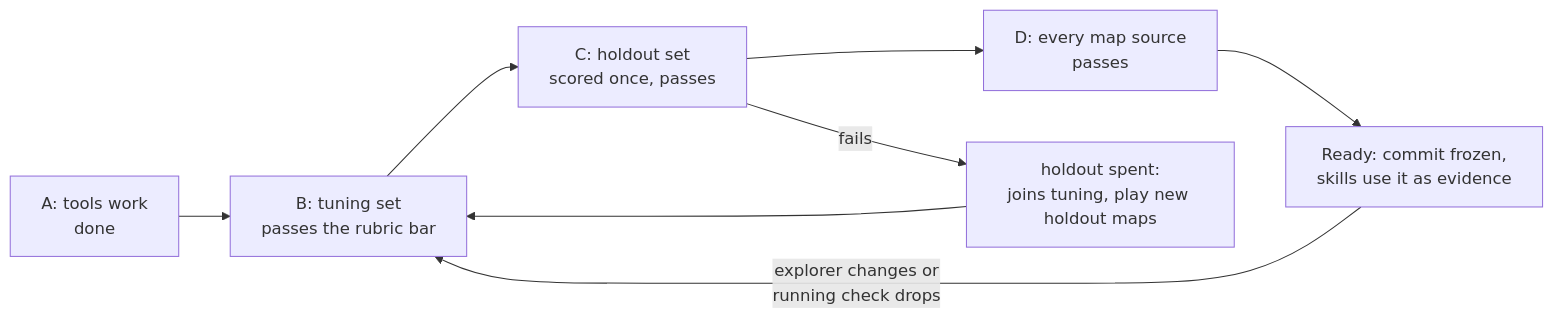
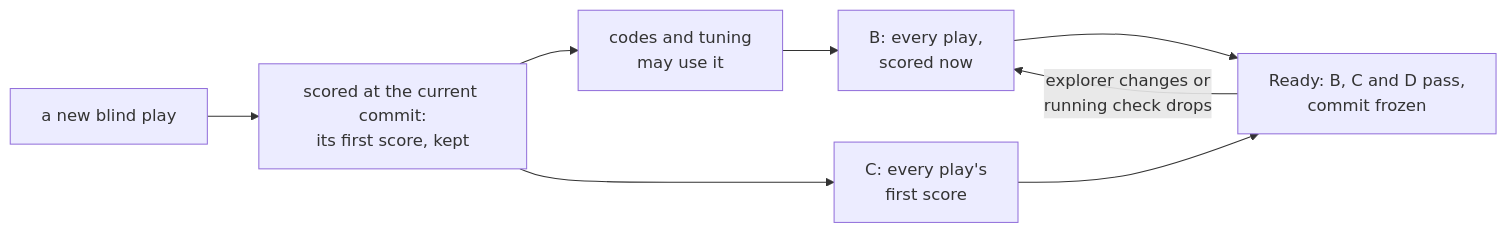
One commit to audiodude/humanity-is-doomed changed the diagram in docs/explorer-plan.md. Above: the diagram before and after it, drawn with Mermaid. The commit also changed other lines of this file and 2 other files, not shown here.

First line of the commit message:
Explorer plan v3: every play's first score is out of sample

````diff
--- a/docs/explorer-plan.md
+++ b/docs/explorer-plan.md
@@ -26,10 +26,10 @@
 ```mermaid
 flowchart LR
-  A[A: tools work<br/>done] --> B[B: tuning set<br/>passes the rubric bar]
-  B --> C[C: holdout set<br/>scored once, passes]
-  C --> D[D: every map source<br/>passes]
-  D --> R[Ready: commit frozen,<br/>skills use it as evidence]
-  C -- fails --> X[holdout spent:<br/>joins tuning, play new holdout maps]
-  X --> B
+  P[a new blind play] --> F[scored at the current commit:<br/>its first score, kept]
+  F --> T[codes and tuning<br/>may use it]
+  T --> B[B: every play,<br/>scored now]
+  F --> C[C: every play's<br/>first score]
+  B --> R[Ready: B, C and D pass,<br/>commit frozen]
+  C --> R
   R -- explorer changes or<br/>running check drops --> B
 ```
````
